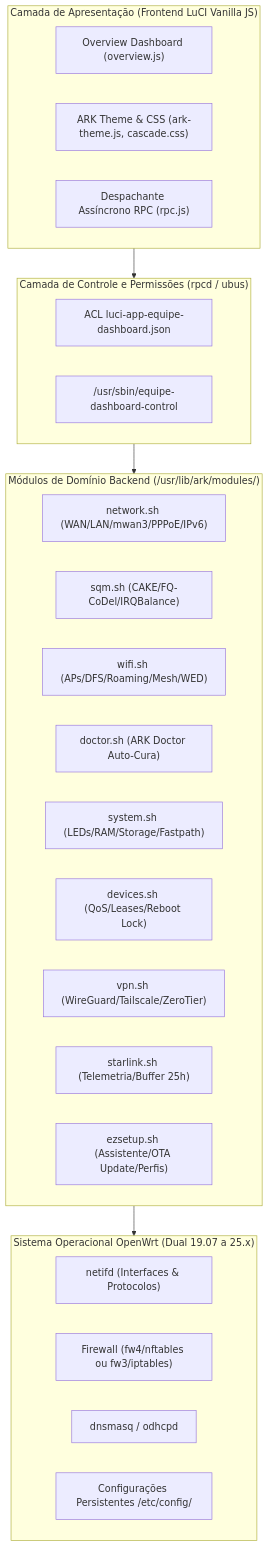
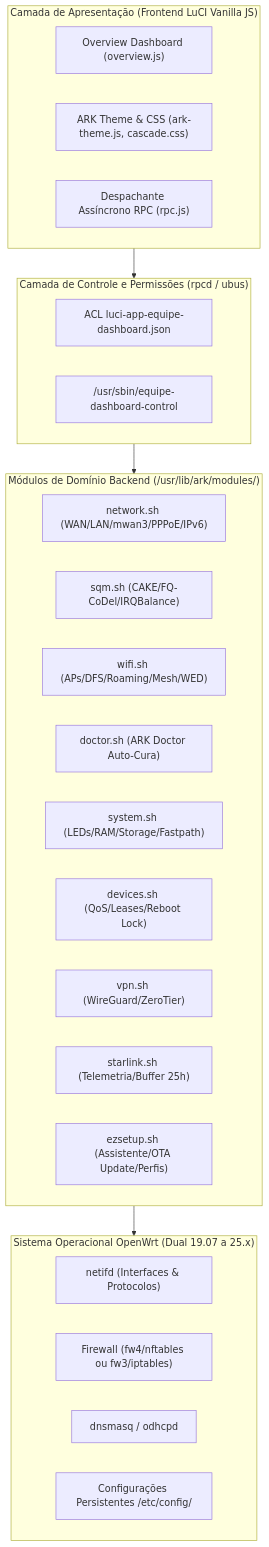
Before and after one commit to Despensativo/ark-router: the diagram in docs/FEATURE_AUDIT_AND_REBOOT.md, drawn with Mermaid. The commit also changed other lines of this file and 63 other files, not shown here.

````diff
--- a/docs/FEATURE_AUDIT_AND_REBOOT.md
+++ b/docs/FEATURE_AUDIT_AND_REBOOT.md
@@ -10,36 +10,36 @@
 ```mermaid
 flowchart TD
     subgraph UI["Camada de Apresentação (Frontend LuCI Vanilla JS)"]
         Overview["Overview Dashboard (overview.js)"]
         Theme["ARK Theme & CSS (ark-theme.js, cascade.css)"]
         RPC["Despachante Assíncrono RPC (rpc.js)"]
     end
 
     subgraph RPCD["Camada de Controle e Permissões (rpcd / ubus)"]
         ACL["ACL luci-app-equipe-dashboard.json"]
         Dispatcher["/usr/sbin/equipe-dashboard-control"]
     end
 
     subgraph Core["Módulos de Domínio Backend (/usr/lib/ark/modules/)"]
         MOD_NET["network.sh (WAN/LAN/mwan3/PPPoE/IPv6)"]
         MOD_SQM["sqm.sh (CAKE/FQ-CoDel/IRQBalance)"]
         MOD_WIFI["wifi.sh (APs/DFS/Roaming/Mesh/WED)"]
         MOD_DOC["doctor.sh (ARK Doctor Auto-Cura)"]
         MOD_SYS["system.sh (LEDs/RAM/Storage/Fastpath)"]
         MOD_DEV["devices.sh (QoS/Leases/Reboot Lock)"]
-        MOD_VPN["vpn.sh (WireGuard/Tailscale/ZeroTier)"]
+        MOD_VPN["vpn.sh (WireGuard/ZeroTier)"]
         MOD_STAR["starlink.sh (Telemetria/Buffer 25h)"]
         MOD_EZ["ezsetup.sh (Assistente/OTA Update/Perfis)"]
     end
 
     subgraph System["Sistema Operacional OpenWrt (Dual 19.07 a 25.x)"]
         NETIFD["netifd (Interfaces & Protocolos)"]
         FW["Firewall (fw4/nftables ou fw3/iptables)"]
         DNS["dnsmasq / odhcpd"]
         UCI["Configurações Persistentes /etc/config/"]
     end
 
     UI --> RPCD
     RPCD --> Core
     Core --> System
 ```
````
